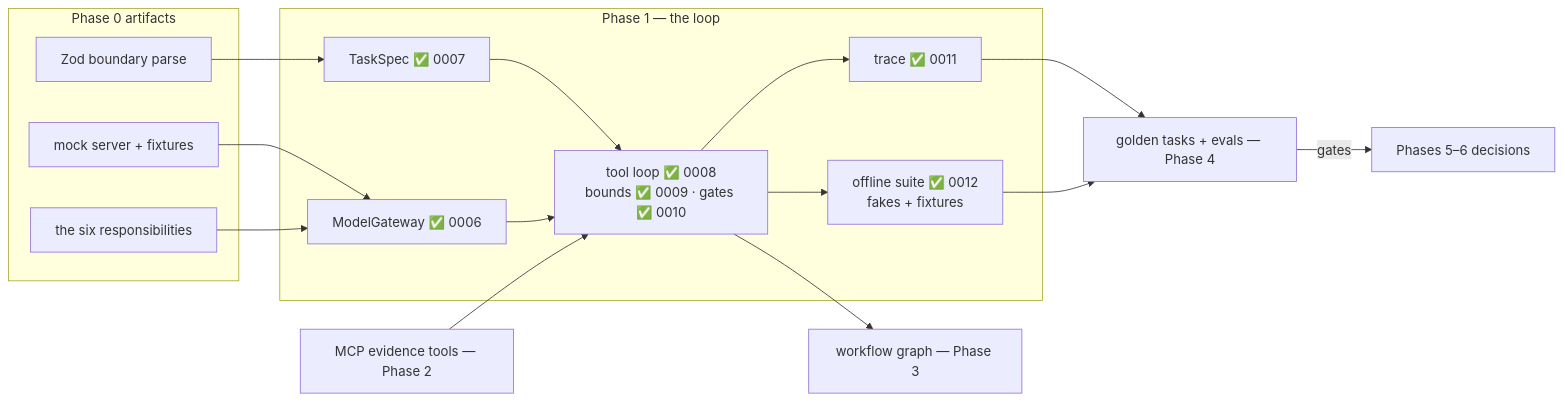
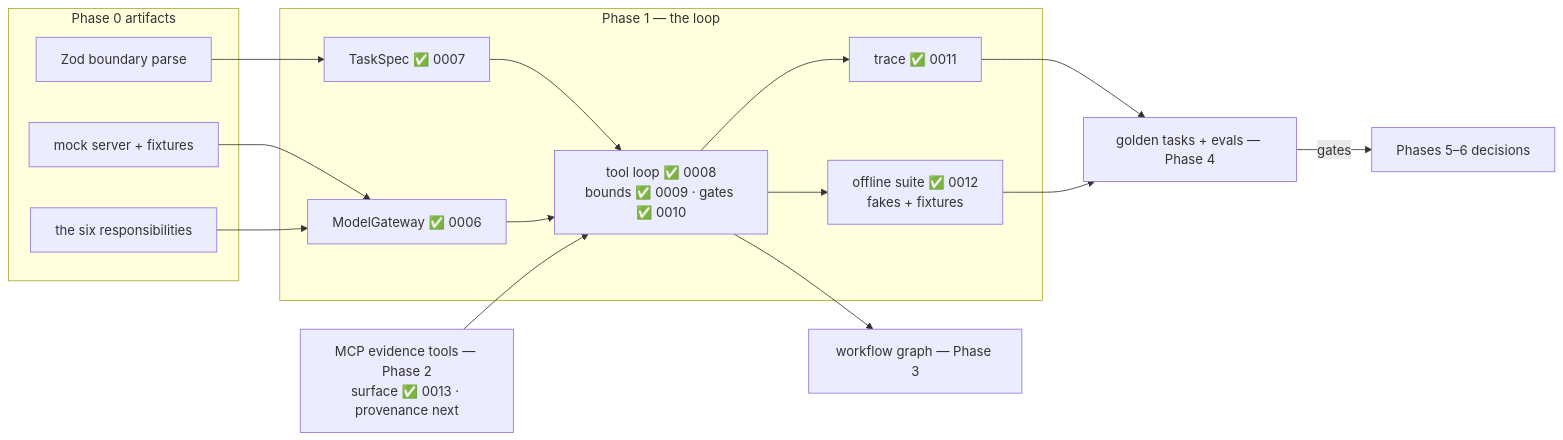
One commit to JozsefKiss90/TS changed the fifth of 5 diagrams in wiki/course/course-module-graph.md. Above: the diagram before and after it, drawn with Mermaid. The commit also changed other lines of this file and 19 other files, not shown here.

First line of the commit message:
Ship lesson 0013 - MCP Anatomy; Phase 2 opens

````diff
--- a/wiki/course/course-module-graph.md
+++ b/wiki/course/course-module-graph.md
@@ -77,27 +95,27 @@
 ```mermaid
 flowchart LR
     subgraph PH0["Phase 0 artifacts"]
         MOCK["mock server + fixtures"]
         SIX["the six responsibilities"]
         ZOD["Zod boundary parse"]
     end
     subgraph PH1["Phase 1 — the loop"]
         GWY["ModelGateway ✅ 0006"]
         SPEC["TaskSpec ✅ 0007"]
         TLOOP["tool loop ✅ 0008<br/>bounds ✅ 0009 · gates ✅ 0010"]
         TR["trace ✅ 0011"]
         TESTS["offline suite ✅ 0012<br/>fakes + fixtures"]
     end
     MOCK --> GWY
     SIX --> GWY
     ZOD --> SPEC
     SPEC --> TLOOP
     GWY --> TLOOP
     TLOOP --> TR
     TLOOP --> TESTS
-    EV["MCP evidence tools — Phase 2"] --> TLOOP
+    EV["MCP evidence tools — Phase 2<br/>surface ✅ 0013 · provenance next"] --> TLOOP
     TLOOP --> WG["workflow graph — Phase 3"]
     TR --> EVAL["golden tasks + evals — Phase 4"]
     TESTS --> EVAL
     EVAL -->|"gates"| P5P6["Phases 5–6 decisions"]
 ```
````
